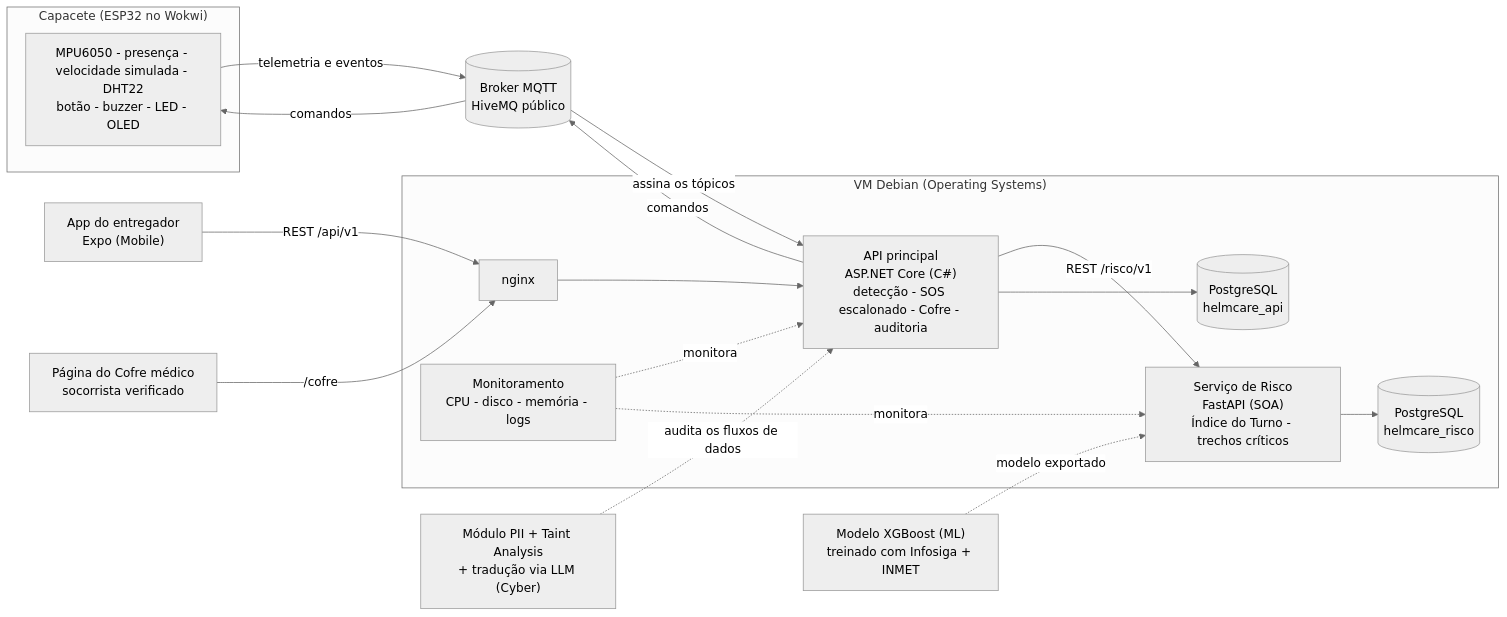
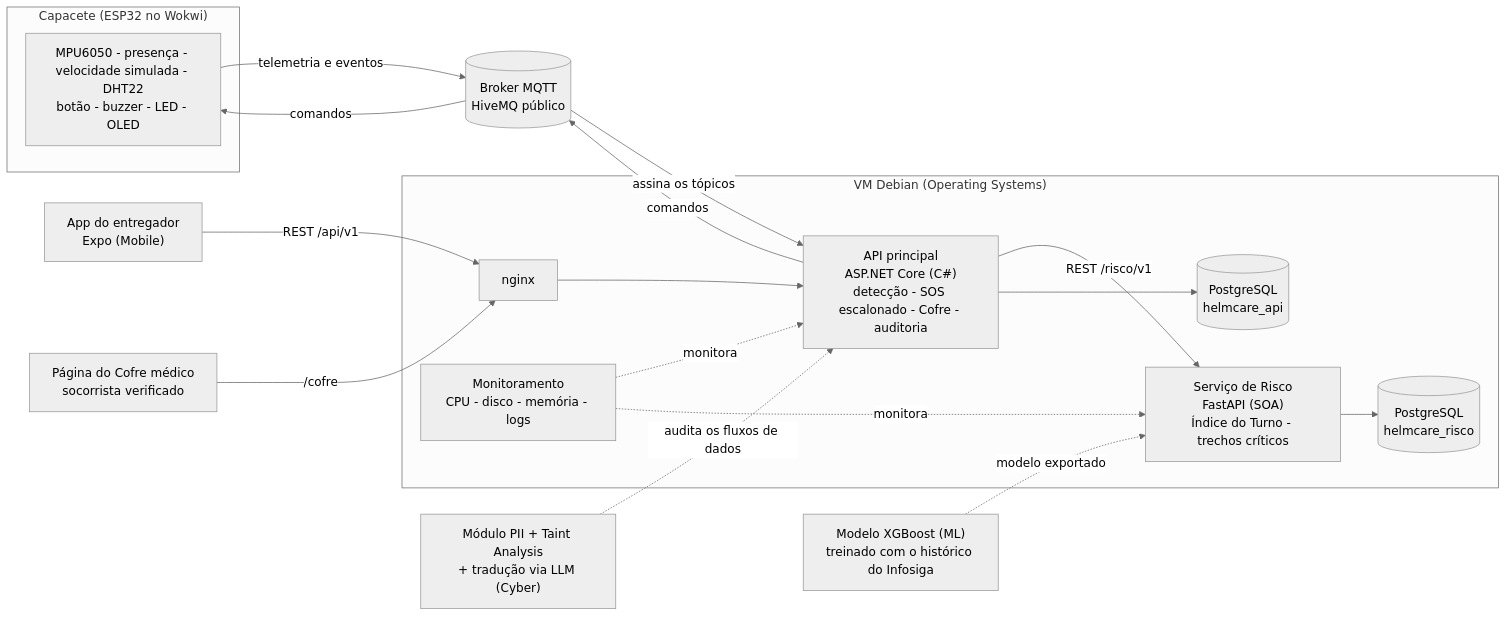
Before and after one commit to renan-utida/helmcare: the first of 2 diagrams in README.md, drawn with Mermaid (neutral theme). The commit also changed other lines of this file and 1 other file, not shown here.

````diff
--- a/README.md
+++ b/README.md
@@ -81,37 +81,37 @@
 ```mermaid
 flowchart LR
     subgraph CAP["Capacete (ESP32 no Wokwi)"]
         SENS["MPU6050 - presença - velocidade simulada - DHT22<br/>botão - buzzer - LED - OLED"]
     end
 
     BROKER[("Broker MQTT<br/>HiveMQ público")]
     APP["App do entregador<br/>Expo (Mobile)"]
     COFRE["Página do Cofre médico<br/>socorrista verificado"]
 
     subgraph VM["VM Debian (Operating Systems)"]
         NGINX["nginx"]
         API["API principal<br/>ASP.NET Core (C#)<br/>detecção - SOS escalonado - Cofre - auditoria"]
         RISCO["Serviço de Risco<br/>FastAPI (SOA)<br/>Índice do Turno - trechos críticos"]
         DBAPI[("PostgreSQL<br/>helmcare_api")]
         DBRISCO[("PostgreSQL<br/>helmcare_risco")]
         MON["Monitoramento<br/>CPU - disco - memória - logs"]
     end
 
-    MODELO["Modelo XGBoost (ML)<br/>treinado com Infosiga + INMET"]
+    MODELO["Modelo XGBoost (ML)<br/>treinado com o histórico do Infosiga"]
     CYBER["Módulo PII + Taint Analysis<br/>+ tradução via LLM (Cyber)"]
 
     SENS -- "telemetria e eventos" --> BROKER
     BROKER -- "assina os tópicos" --> API
     API -- "comandos" --> BROKER
     BROKER -- "comandos" --> SENS
     APP -- "REST /api/v1" --> NGINX
     COFRE -- "/cofre" --> NGINX
     NGINX --> API
     API -- "REST /risco/v1" --> RISCO
     API --> DBAPI
     RISCO --> DBRISCO
     MODELO -. "modelo exportado" .-> RISCO
     CYBER -. "audita os fluxos de dados" .-> API
     MON -. "monitora" .-> API
     MON -. "monitora" .-> RISCO
 ```
````
